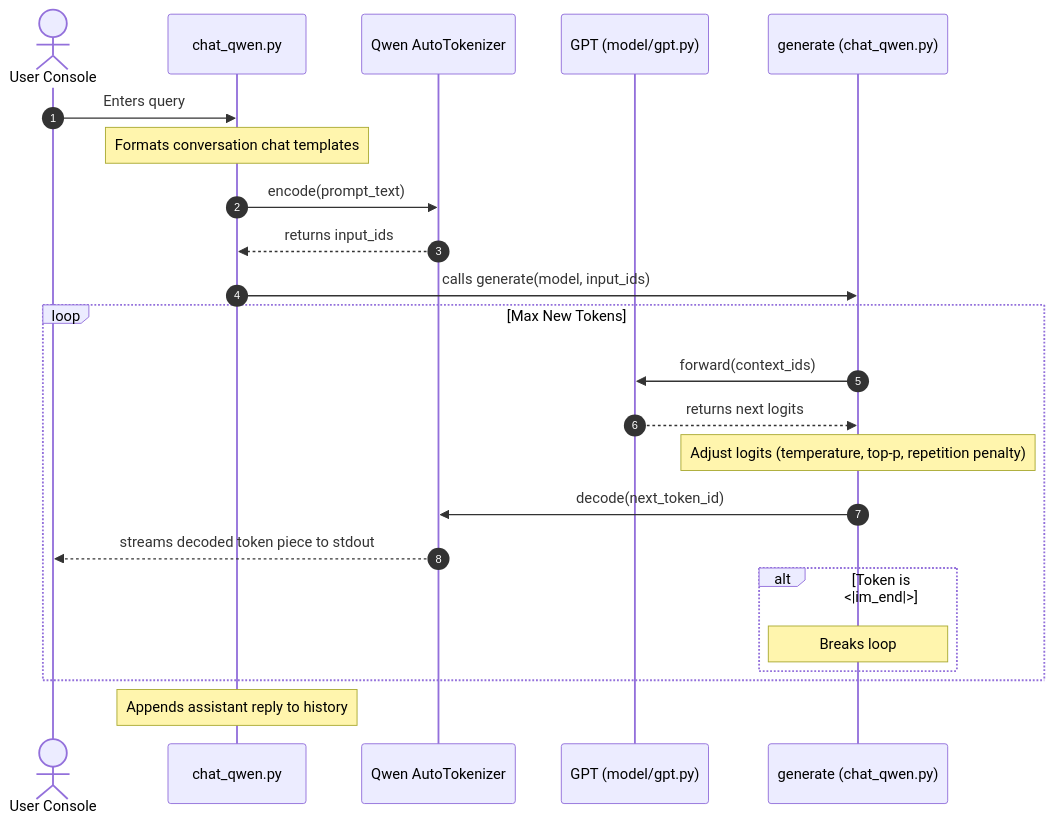
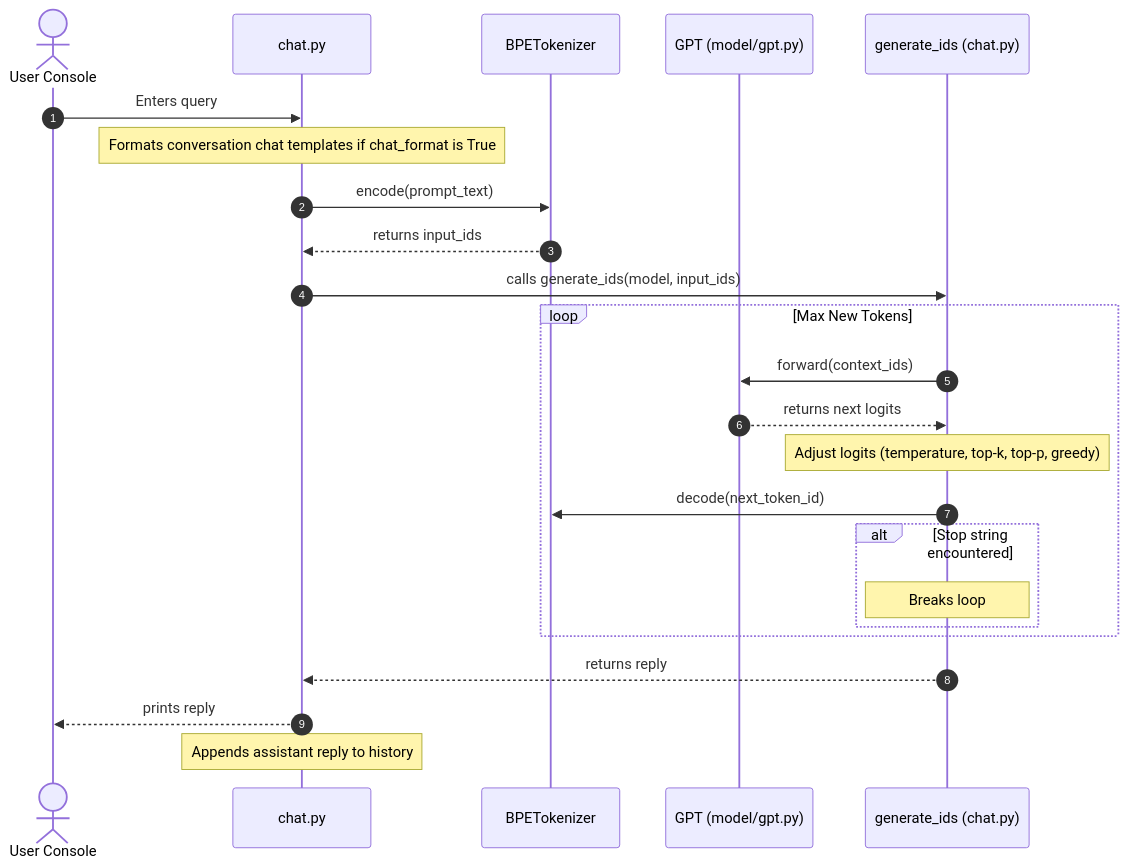
One commit to Aashutosh2021/ARIA_LLM changed the first of 2 diagrams in brain/07_EVENT_GRAPH.md. Above: the diagram before and after it, drawn with Mermaid. The commit also changed other lines of this file and 27 other files, not shown here.

````diff
--- a/brain/07_EVENT_GRAPH.md
+++ b/brain/07_EVENT_GRAPH.md
@@ -9,28 +9,29 @@
 ```mermaid
 sequenceDiagram
     autonumber
     actor User as User Console
-    participant Chat as chat_qwen.py
-    participant Tok as Qwen AutoTokenizer
+    participant Chat as chat.py
+    participant Tok as BPETokenizer
     participant Model as GPT (model/gpt.py)
-    participant Gen as generate (chat_qwen.py)
+    participant Gen as generate_ids (chat.py)
 
     User->>Chat: Enters query
-    Note over Chat: Formats conversation chat templates
+    Note over Chat: Formats conversation chat templates if chat_format is True
     Chat->>Tok: encode(prompt_text)
     Tok-->>Chat: returns input_ids
-    Chat->>Gen: calls generate(model, input_ids)
+    Chat->>Gen: calls generate_ids(model, input_ids)
     
     loop Max New Tokens
         Gen->>Model: forward(context_ids)
         Model-->>Gen: returns next logits
-        Note over Gen: Adjust logits (temperature, top-p, repetition penalty)
+        Note over Gen: Adjust logits (temperature, top-k, top-p, greedy)
         Gen->>Tok: decode(next_token_id)
-        Tok-->>User: streams decoded token piece to stdout
-        alt Token is <|im_end|>
+        alt Stop string encountered
             Note over Gen: Breaks loop
         end
     end
     
+    Gen-->>Chat: returns reply
+    Chat-->>User: prints reply
     Note over Chat: Appends assistant reply to history
 ```
````
